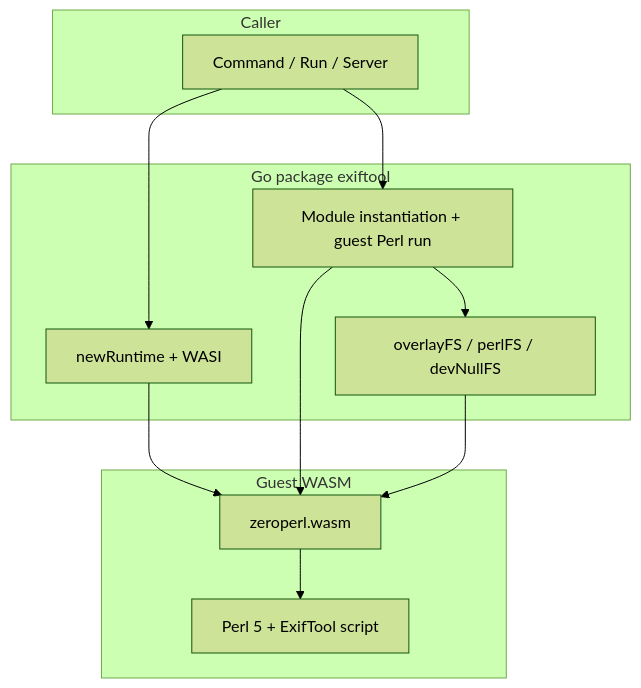
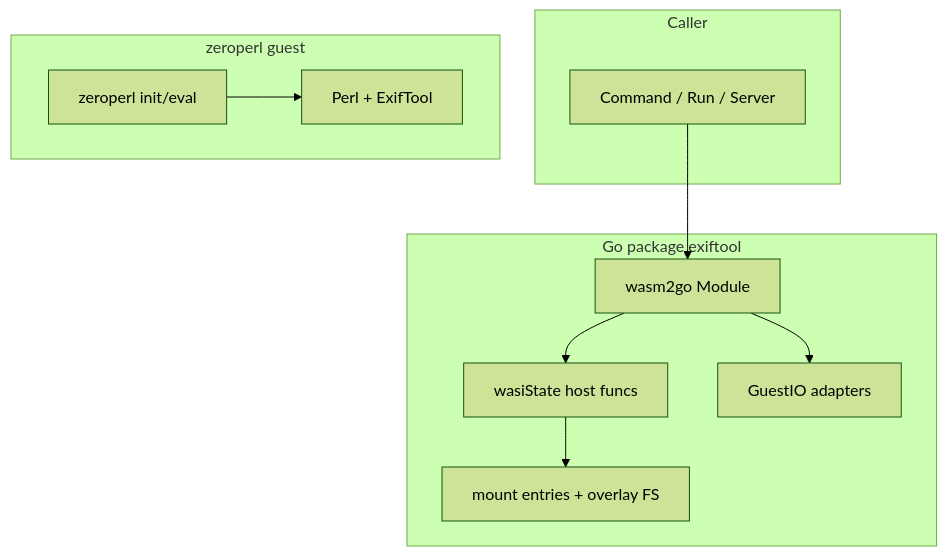
One commit to lbe/go-exiftool-wasm changed the diagram in ARCHITECTURE.md. Above: the diagram before and after it, drawn with Mermaid (forest theme). The commit also changed other lines of this file and 11 other files, not shown here.

First line of the commit message:
feat: complete wasm2go native migration with WASI host improvements

````diff
--- a/ARCHITECTURE.md
+++ b/ARCHITECTURE.md
@@ -15,22 +15,22 @@
 ```mermaid
 flowchart TB
   subgraph app [Caller]
-    API["Command / Run / Server"]
+    API[Command / Run / Server]
   end
-  subgraph go [Go package exiftool]
-    RT[newRuntime + WASI]
-    EM[Module instantiation + guest Perl run]
-    FS[overlayFS / perlFS / devNullFS]
+  subgraph host [Go package exiftool]
+    MOD[wasm2go Module]
+    WASI[wasiState host funcs]
+    IO[GuestIO adapters]
+    FS[mount entries + overlay FS]
   end
-  subgraph wasm [Guest WASM]
-    ZP[zeroperl.wasm]
-    PL[Perl 5 + ExifTool script]
+  subgraph guest [zeroperl guest]
+    ZP[zeroperl init/eval]
+    PL[Perl + ExifTool]
   end
-  API --> RT
-  API --> EM
-  EM --> FS
-  RT --> ZP
-  EM --> ZP
-  FS --> ZP
+
+  API --> MOD
+  MOD --> WASI
+  MOD --> IO
+  WASI --> FS
   ZP --> PL
 ```
````
